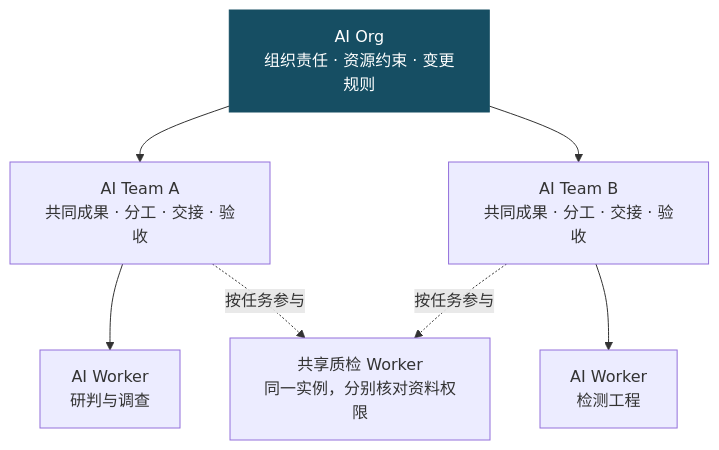
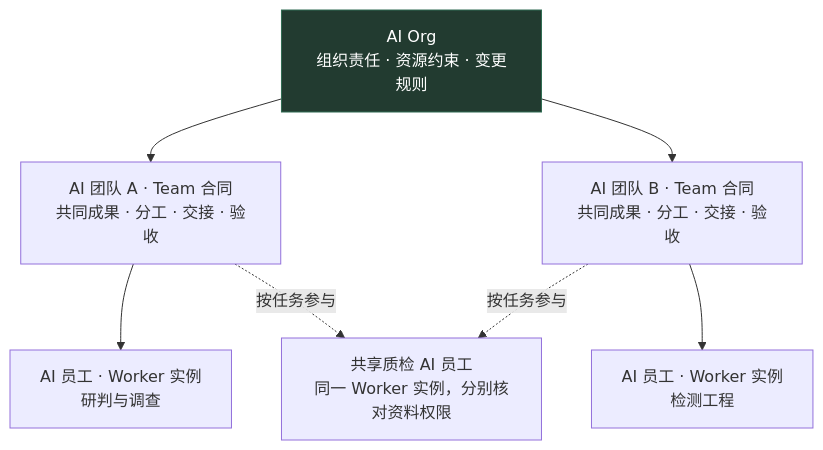
The diagram in diagrams/zh-CN/composition.mmd (teloa-ai/ai-worker-standard), drawn with Mermaid before and after one commit. The commit also changed 29 other files, not shown here.

Commit message:
docs: connect AI employee product concepts to AI Worker diagrams

```diff
--- a/diagrams/zh-CN/composition.mmd
+++ b/diagrams/zh-CN/composition.mmd
@@ -1,10 +1,11 @@
 flowchart TB
+    %% 以 Teloa AI 员工为例：Worker、Team 与 Org 的组成，不代表已部署。
     O["AI Org<br/>组织责任 · 资源约束 · 变更规则"]
-    O --> T1["AI Team A<br/>共同成果 · 分工 · 交接 · 验收"]
-    O --> T2["AI Team B<br/>共同成果 · 分工 · 交接 · 验收"]
-    T1 --> A["AI Worker<br/>研判与调查"]
-    T2 --> B["AI Worker<br/>检测工程"]
-    T1 -. "按任务参与" .-> Q["共享质检 Worker<br/>同一实例，分别核对资料权限"]
+    O --> T1["AI 团队 A · Team 合同<br/>共同成果 · 分工 · 交接 · 验收"]
+    O --> T2["AI 团队 B · Team 合同<br/>共同成果 · 分工 · 交接 · 验收"]
+    T1 --> A["AI 员工 · Worker 实例<br/>研判与调查"]
+    T2 --> B["AI 员工 · Worker 实例<br/>检测工程"]
+    T1 -. "按任务参与" .-> Q["共享质检 AI 员工<br/>同一 Worker 实例，分别核对资料权限"]
     T2 -. "按任务参与" .-> Q
-    classDef main fill:#164e63,color:#fff,stroke:#164e63
+    classDef main fill:#223b30,color:#fff,stroke:#2f6b52
     class O main
```
